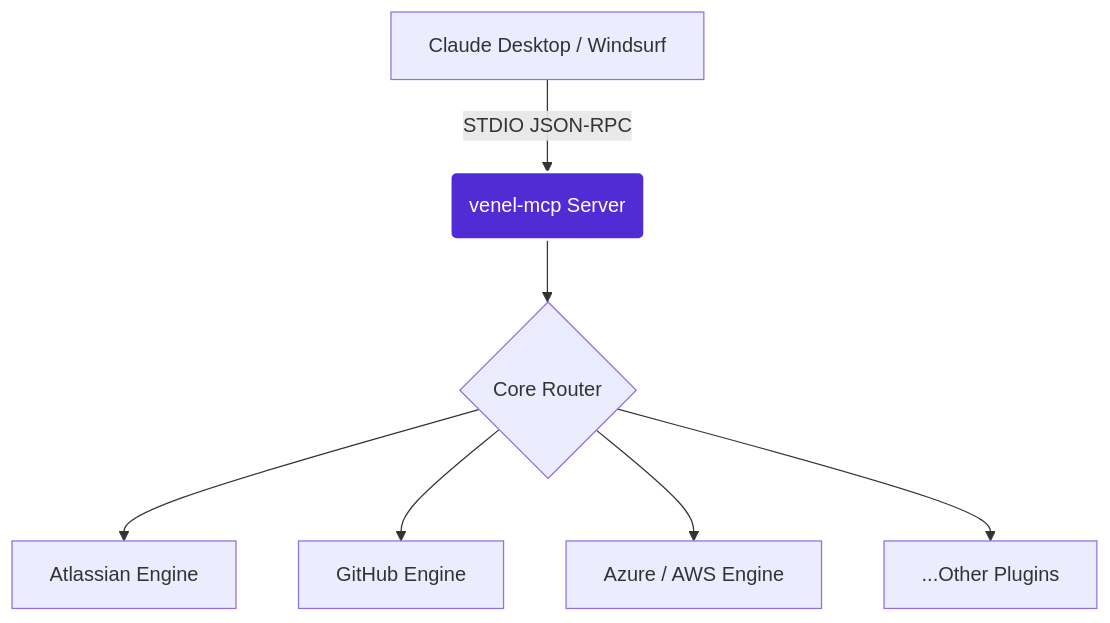
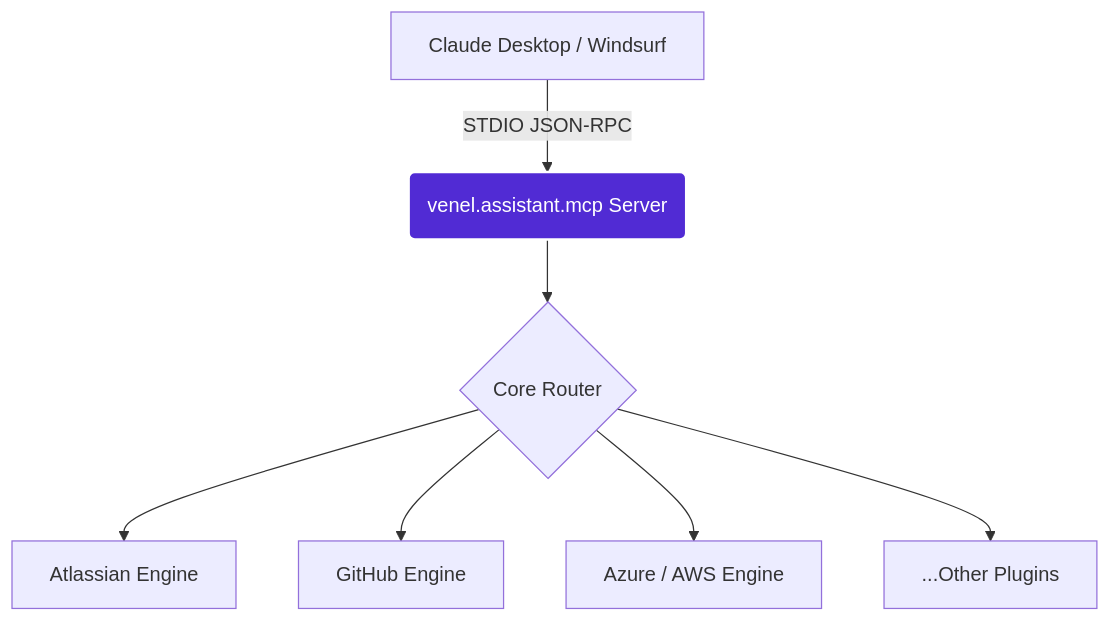
The diagram in README.md (venkateshellur/VenEl.AssistantMCP), drawn with Mermaid before and after one commit. The commit also changed other lines of this file and 16 other files, not shown here.

````diff
--- a/README.md
+++ b/README.md
@@ -100,11 +100,11 @@
 ```mermaid
 graph TD
-    A[Claude Desktop / Windsurf] -->|STDIO JSON-RPC| B(venel-mcp Server)
+    A[Claude Desktop / Windsurf] -->|STDIO JSON-RPC| B(venel.assistant.mcp Server)
     B --> C{Core Router}
     C --> D[Atlassian Engine]
     C --> E[GitHub Engine]
     C --> F[Azure / AWS Engine]
     C --> G[...Other Plugins]
     
     style B fill:#512bd4,stroke:#fff,stroke-width:2px,color:#fff
 ```
````
